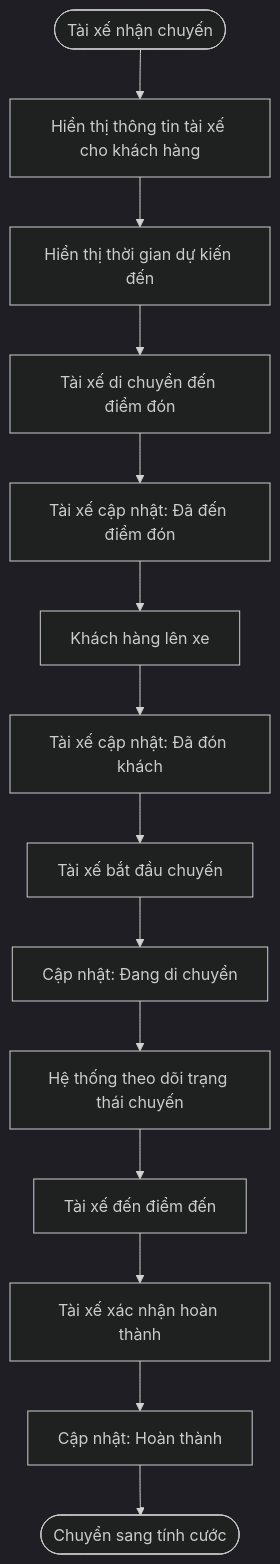
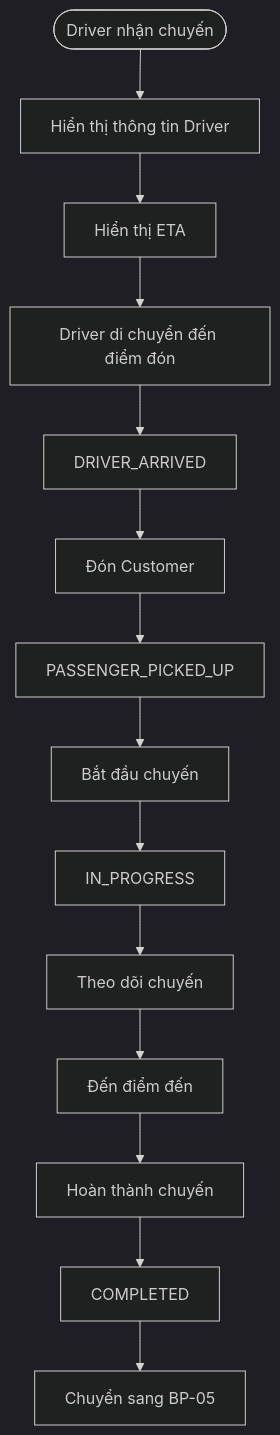
Diagram 13 of 28 in SRS.md (ntthuyvy0205-source/23662281_NguyenThiThuyVy_CABSYSTEM), drawn with Mermaid (dark theme) before and after one commit. The commit also changed other lines of this file, not shown here.

````diff
--- a/SRS.md
+++ b/SRS.md
@@ -477,18 +1964,16 @@
 ```mermaid
 flowchart TD
-    A([Tài xế nhận chuyến]) --> B[Hiển thị thông tin tài xế cho khách hàng]
-    B --> C[Hiển thị thời gian dự kiến đến]
-    C --> D[Tài xế di chuyển đến điểm đón]
-    D --> E[Tài xế cập nhật: Đã đến điểm đón]
-
-    E --> F[Khách hàng lên xe]
-    F --> G[Tài xế cập nhật: Đã đón khách]
-    G --> H[Tài xế bắt đầu chuyến]
-    H --> I[Cập nhật: Đang di chuyển]
-
-    I --> J[Hệ thống theo dõi trạng thái chuyến]
-    J --> K[Tài xế đến điểm đến]
-    K --> L[Tài xế xác nhận hoàn thành]
-    L --> M[Cập nhật: Hoàn thành]
-    M --> N([Chuyển sang tính cước])
+    A([Driver nhận chuyến]) --> B[Hiển thị thông tin Driver]
+    B --> C[Hiển thị ETA]
+    C --> D[Driver di chuyển đến điểm đón]
+    D --> E[DRIVER_ARRIVED]
+    E --> F[Đón Customer]
+    F --> G[PASSENGER_PICKED_UP]
+    G --> H[Bắt đầu chuyến]
+    H --> I[IN_PROGRESS]
+    I --> J[Theo dõi chuyến]
+    J --> K[Đến điểm đến]
+    K --> L[Hoàn thành chuyến]
+    L --> M[COMPLETED]
+    M --> N[Chuyển sang BP-05]
 ```
````
